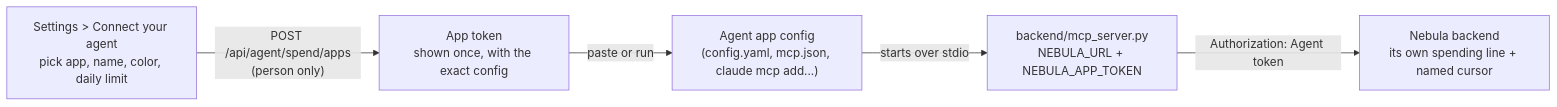
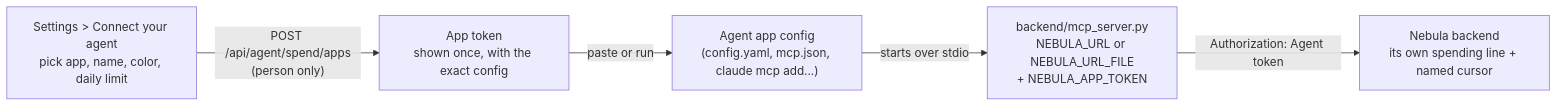
Before and after one commit to JustinPerea/nebula-nodes: the diagram in docs/MCP-SETUP.md, drawn with Mermaid. The commit also changed other lines of this file and 8 other files, not shown here.

First line of the commit message:
Keep connected agents working across desktop relaunches, and harden nebula mcp connect

````diff
--- a/docs/MCP-SETUP.md
+++ b/docs/MCP-SETUP.md
@@ -518,7 +518,7 @@
 ```mermaid
 flowchart LR
   S["Settings > Connect your agent<br/>pick app, name, color, daily limit"] -->|"POST /api/agent/spend/apps<br/>(person only)"| T["App token<br/>shown once, with the exact config"]
   T -->|paste or run| C["Agent app config<br/>(config.yaml, mcp.json, claude mcp add...)"]
-  C -->|starts over stdio| M["backend/mcp_server.py<br/>NEBULA_URL + NEBULA_APP_TOKEN"]
+  C -->|starts over stdio| M["backend/mcp_server.py<br/>NEBULA_URL or NEBULA_URL_FILE<br/>+ NEBULA_APP_TOKEN"]
   M -->|"Authorization: Agent token"| B["Nebula backend<br/>its own spending line + named cursor"]
 ```
````
